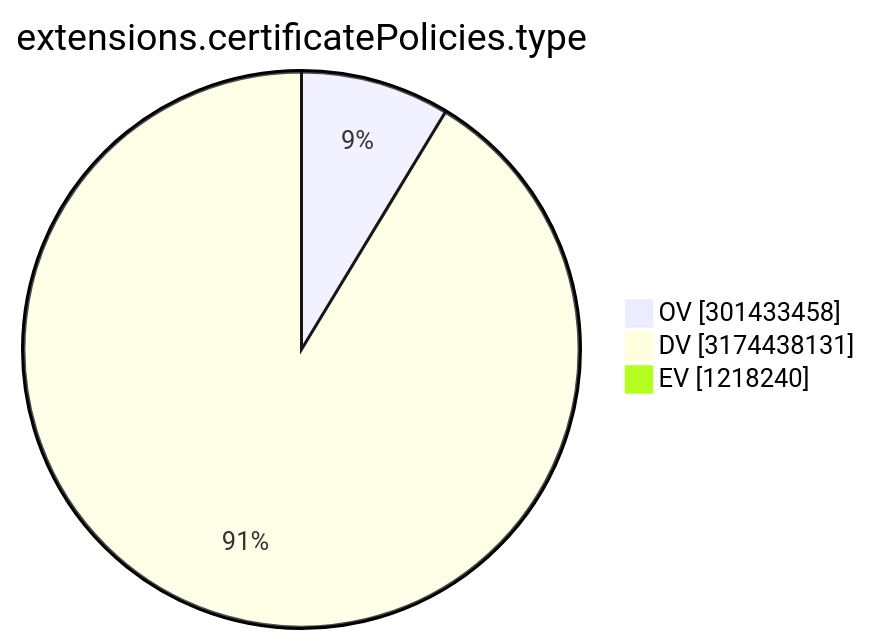
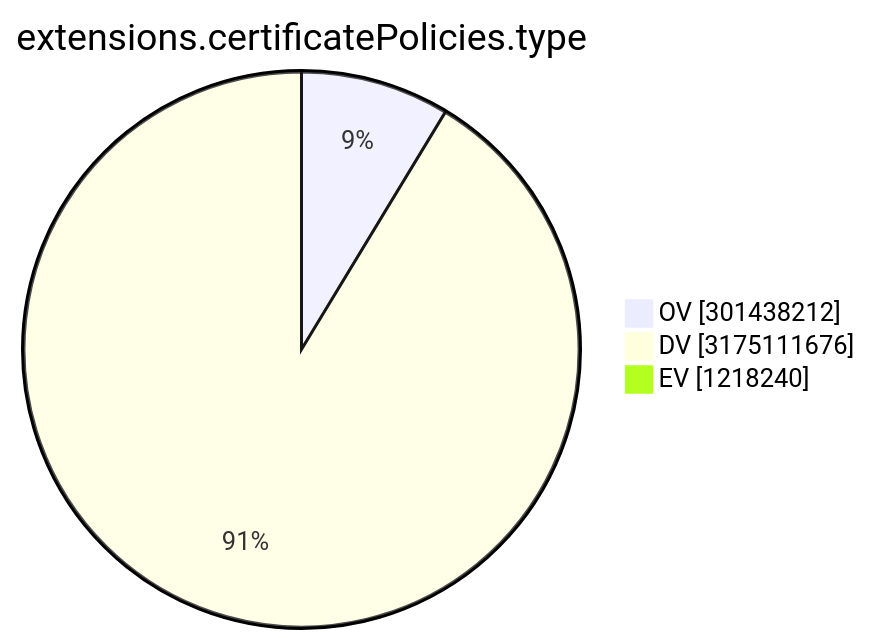
The ninth of 15 diagrams in TOTAL/README.md (christiankrug/ctmonitor_visualization), drawn with Mermaid before and after one commit. The commit also changed other lines of this file, not shown here.

````diff
--- a/TOTAL/README.md
+++ b/TOTAL/README.md
@@ -3105,7 +3105,7 @@
 ```mermaid
 pie showData
 title extensions.certificatePolicies.type
-"OV" :301433458
-"DV" :3174438131
+"OV" :301438212
+"DV" :3175111676
 "EV" :1218240
 ```
````
